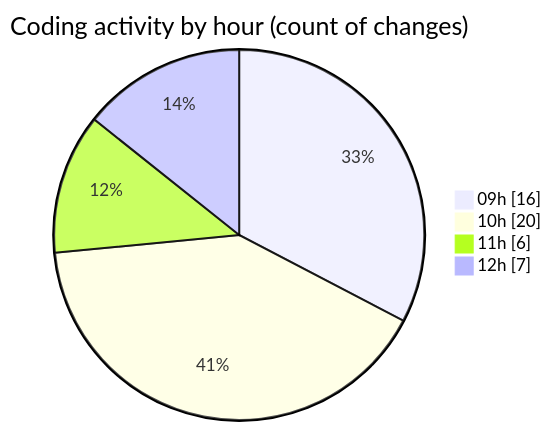
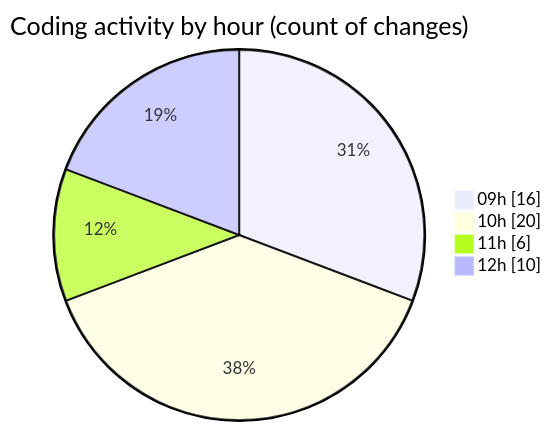
One commit to momahboobian/code-tracking changed the second of 2 diagrams in 2025-05-16/cda/README.md. Above: the diagram before and after it, drawn with Mermaid. The commit also changed other lines of this file and 1 other file, not shown here.

````diff
--- a/2025-05-16/cda/README.md
+++ b/2025-05-16/cda/README.md
@@ -52,8 +52,8 @@
 ```mermaid
 pie showData
 title Coding activity by hour (count of changes)
 "09h" : 16
 "10h" : 20
 "11h" : 6
-"12h" : 7
+"12h" : 10
 ```
````
